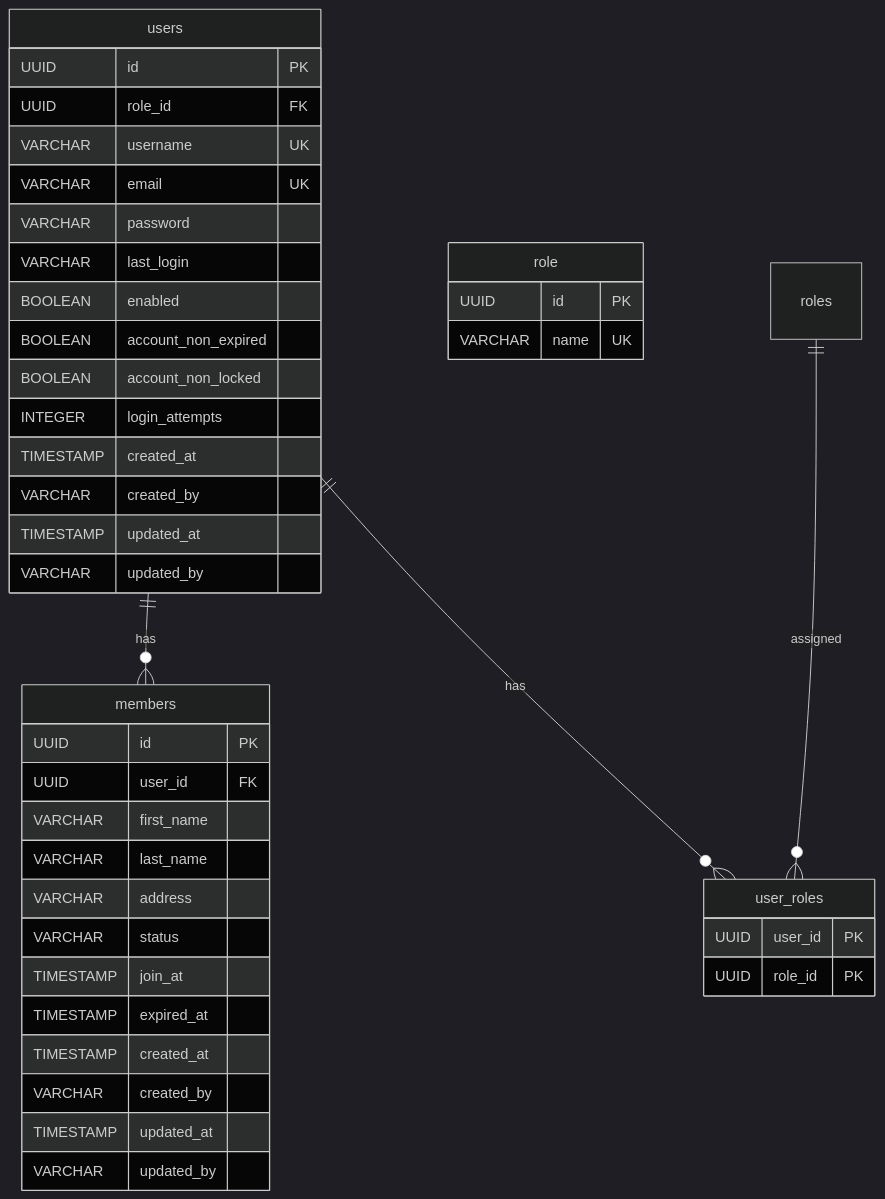
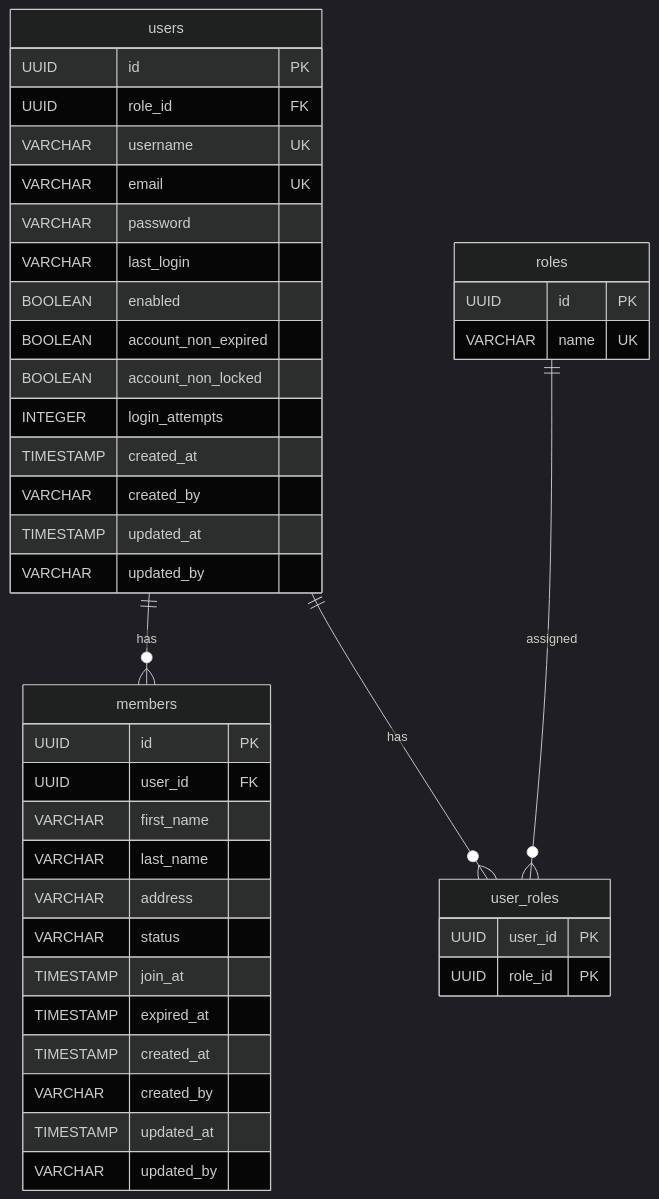
One commit to iffatlathoif/aplikazi changed the diagram in README.md. Above: the diagram before and after it, drawn with Mermaid (dark theme).

Commit message:
docs(readme): menambah erd untuk user, member dan role

````diff
--- a/README.md
+++ b/README.md
@@ -92,48 +92,48 @@
 ```mermaid
 erDiagram
     users {
         UUID id PK
         UUID role_id FK
         VARCHAR username UK
         VARCHAR email UK        
         VARCHAR password
         VARCHAR last_login
         BOOLEAN enabled
         BOOLEAN account_non_expired
         BOOLEAN account_non_locked
         INTEGER login_attempts
         TIMESTAMP created_at
         VARCHAR created_by
         TIMESTAMP updated_at
         VARCHAR updated_by
     }
 
     members {
         UUID id PK
         UUID user_id FK
         VARCHAR first_name
         VARCHAR last_name
         VARCHAR address
         VARCHAR status
         TIMESTAMP join_at
         TIMESTAMP expired_at
         TIMESTAMP created_at
         VARCHAR created_by
         TIMESTAMP updated_at
         VARCHAR updated_by
     }
     
-    role {
+    roles {
         UUID id PK
         VARCHAR name UK
     }
 
     user_roles {
         UUID user_id PK
         UUID role_id PK        
     }    
 
     users ||--o{ members : has
     users ||--o{ user_roles : has
     roles ||--o{ user_roles : assigned
 ```
````
